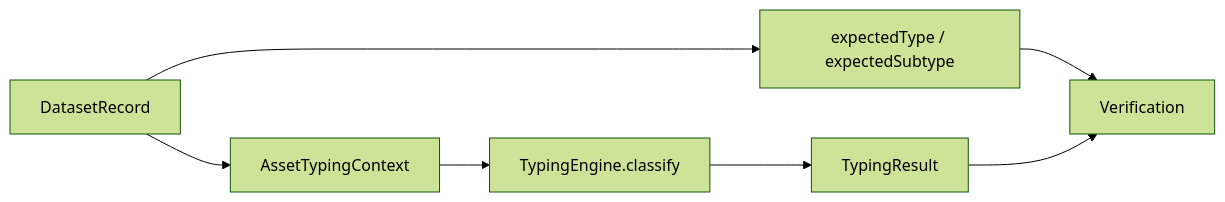
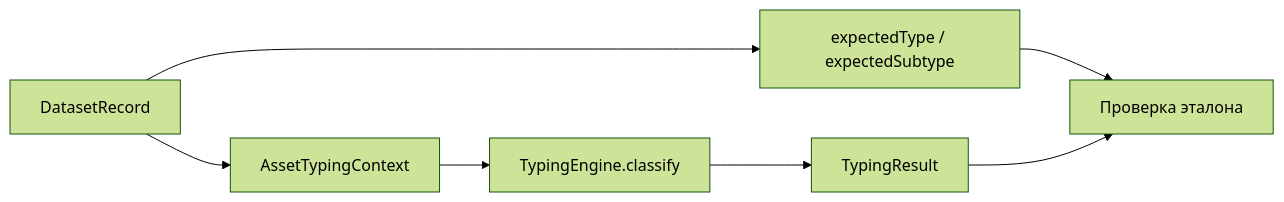
One commit to GAbra/itam-asset-typing-benchmark changed the second of 6 diagrams in docs/IMPLEMENTATION_RU.md. Above: the diagram before and after it, drawn with Mermaid (forest theme). The commit also changed other lines of this file, not shown here.

Commit message:
Use Russian flow diagrams and explicit branch labels

````diff
--- a/docs/IMPLEMENTATION_RU.md
+++ b/docs/IMPLEMENTATION_RU.md
@@ -85,9 +85,9 @@
 ```mermaid
 flowchart LR
     DR[DatasetRecord] --> C[AssetTypingContext]
     DR --> GT[expectedType / expectedSubtype]
     C --> E[TypingEngine.classify]
     E --> R[TypingResult]
-    GT --> V[Verification]
+    GT --> V[Проверка эталона]
     R --> V
 ```
````
